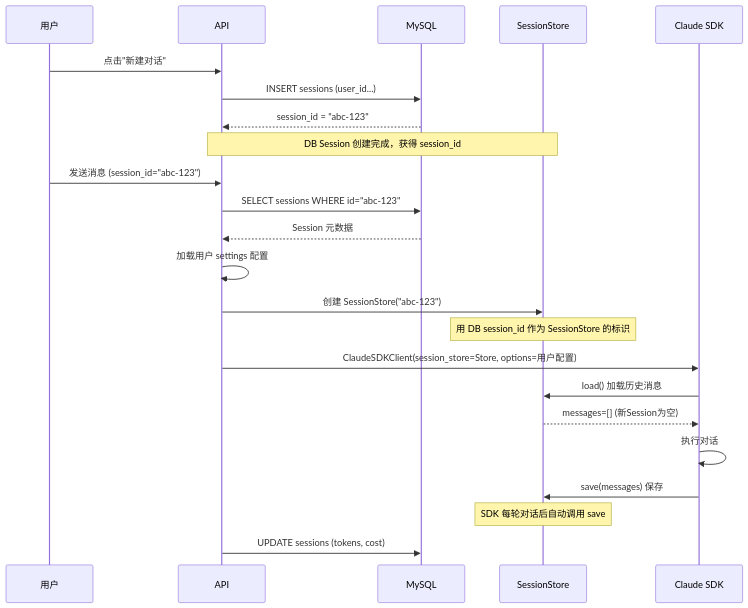
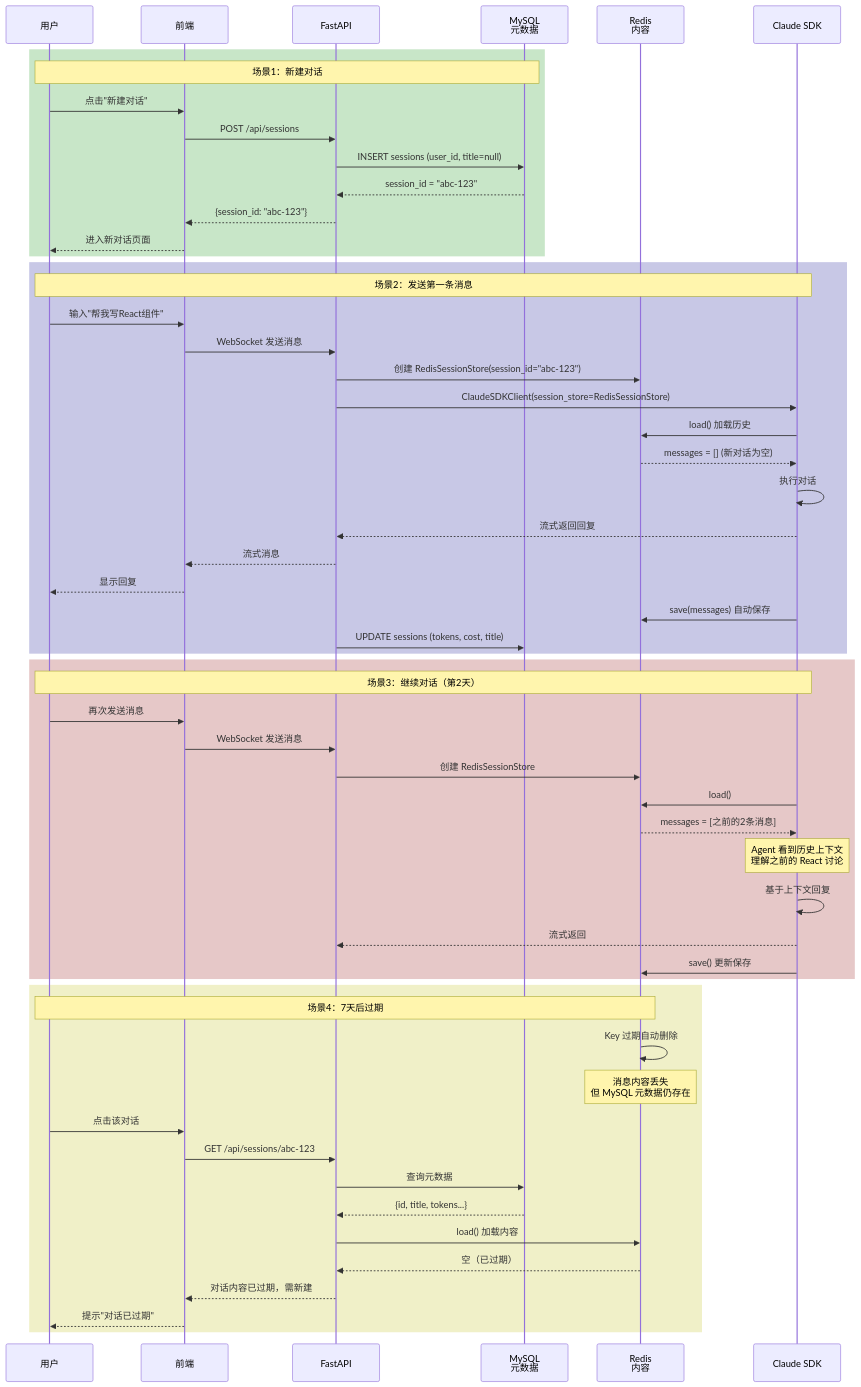
One commit to xiaocaipi/mm-doc changed the eighth of 17 diagrams in agent/agent_project_design_3.md. Above: the diagram before and after it, drawn with Mermaid. The commit also changed other lines of this file and 1 other file, not shown here.

````diff
--- a/agent/agent_project_design_3.md
+++ b/agent/agent_project_design_3.md
@@ -611,34 +621,66 @@
 ```mermaid
 sequenceDiagram
     participant User as 用户
-    participant API as API
-    participant DB as MySQL
-    participant Store as SessionStore
+    participant Frontend as 前端
+    participant API as FastAPI
+    participant MySQL as MySQL<br/>元数据
+    participant Redis as Redis<br/>内容
     participant SDK as Claude SDK
 
-    User->>API: 点击"新建对话"
-    API->>DB: INSERT sessions (user_id...)
-    DB-->>API: session_id = "abc-123"
-    
-    Note over API,Store: DB Session 创建完成，获得 session_id
+    %% 场景1：新建对话
+    rect rgb(200, 230, 200)
+        Note over User, MySQL: 场景1：新建对话
+        User->>Frontend: 点击"新建对话"
+        Frontend->>API: POST /api/sessions
+        API->>MySQL: INSERT sessions (user_id, title=null)
+        MySQL-->>API: session_id = "abc-123"
+        API-->>Frontend: {session_id: "abc-123"}
+        Frontend-->>User: 进入新对话页面
+    end
 
-    User->>API: 发送消息 (session_id="abc-123")
-    API->>DB: SELECT sessions WHERE id="abc-123"
-    DB-->>API: Session 元数据
-    
-    API->>API: 加载用户 settings 配置
-    
-    API->>Store: 创建 SessionStore("abc-123")
-    Note over Store: 用 DB session_id 作为 SessionStore 的标识
-    
-    API->>SDK: ClaudeSDKClient(session_store=Store, options=用户配置)
-    SDK->>Store: load() 加载历史消息
-    Store-->>SDK: messages=[] (新Session为空)
-    
-    SDK->>SDK: 执行对话
-    
-    SDK->>Store: save(messages) 保存
-    Note over Store: SDK 每轮对话后自动调用 save
-    
-    API->>DB: UPDATE sessions (tokens, cost)
+    %% 场景2：发送第一条消息
+    rect rgb(200, 200, 230)
+        Note over User, SDK: 场景2：发送第一条消息
+        User->>Frontend: 输入"帮我写React组件"
+        Frontend->>API: WebSocket 发送消息
+        API->>Redis: 创建 RedisSessionStore(session_id="abc-123")
+        API->>SDK: ClaudeSDKClient(session_store=RedisSessionStore)
+        SDK->>Redis: load() 加载历史
+        Redis-->>SDK: messages = [] (新对话为空)
+        SDK->>SDK: 执行对话
+        SDK-->>API: 流式返回回复
+        API-->>Frontend: 流式消息
+        Frontend-->>User: 显示回复
+        SDK->>Redis: save(messages) 自动保存
+        API->>MySQL: UPDATE sessions (tokens, cost, title)
+    end
+
+    %% 场景3：继续对话
+    rect rgb(230, 200, 200)
+        Note over User, SDK: 场景3：继续对话（第2天）
+        User->>Frontend: 再次发送消息
+        Frontend->>API: WebSocket 发送消息
+        API->>Redis: 创建 RedisSessionStore
+        SDK->>Redis: load()
+        Redis-->>SDK: messages = [之前的2条消息]
+        Note over SDK: Agent 看到历史上下文<br/>理解之前的 React 讨论
+        SDK->>SDK: 基于上下文回复
+        SDK-->>API: 流式返回
+        SDK->>Redis: save() 更新保存
+    end
+
+    %% 场景4：过期处理
+    rect rgb(240, 240, 200)
+        Note over User, Redis: 场景4：7天后过期
+        Redis->>Redis: Key 过期自动删除
+        Note over Redis: 消息内容丢失<br/>但 MySQL 元数据仍存在
+        User->>Frontend: 点击该对话
+        Frontend->>API: GET /api/sessions/abc-123
+        API->>MySQL: 查询元数据
+        MySQL-->>API: {id, title, tokens...}
+        API->>Redis: load() 加载内容
+        Redis-->>API: 空（已过期）
+        API-->>Frontend: 对话内容已过期，需新建
+        Frontend-->>User: 提示"对话已过期"
+    end
 ```
````
